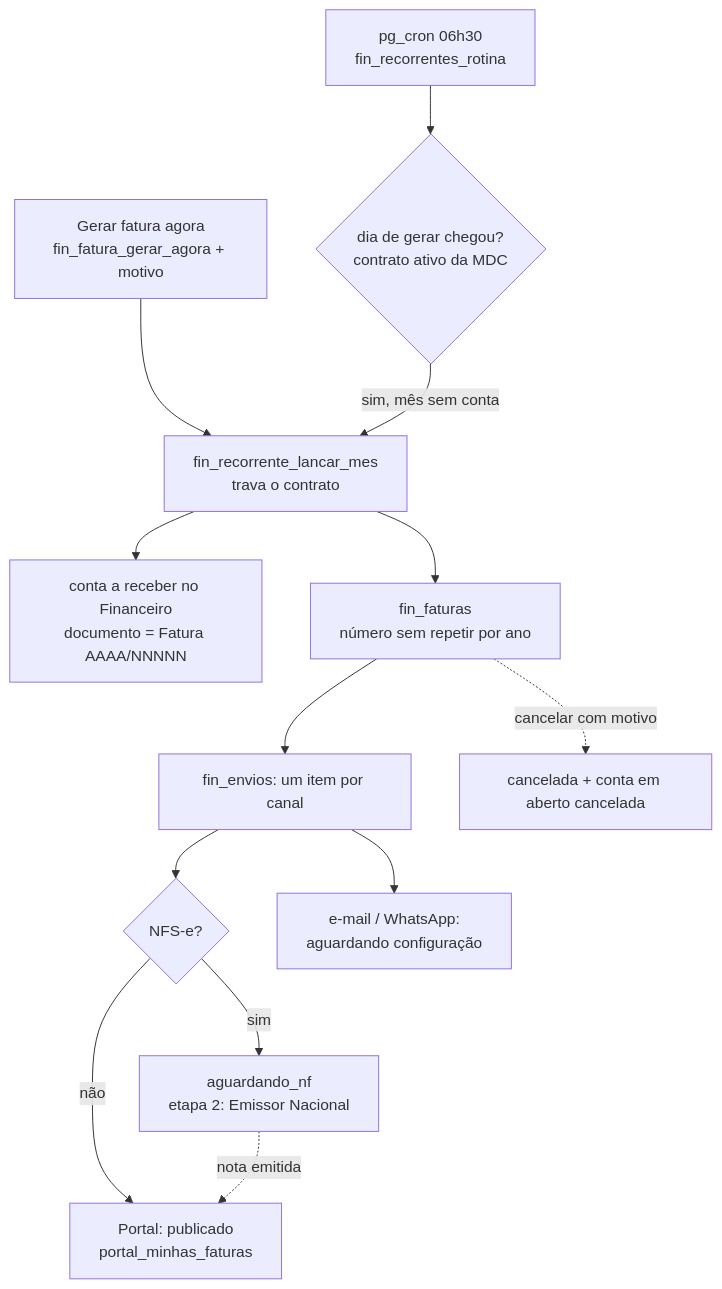
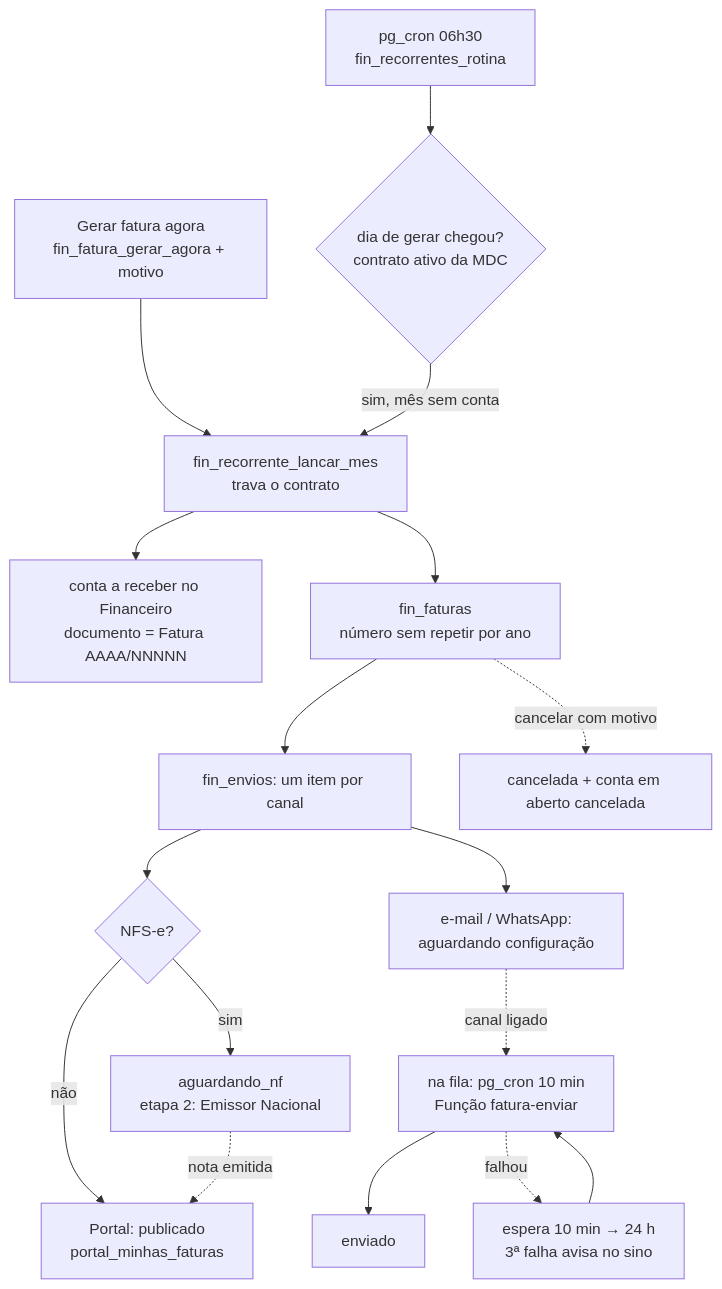
The fourth of 5 diagrams in docs/06-fluxos.md (MdcAssessoria/mdc-tarefas), drawn with Mermaid before and after one commit. The commit also changed other lines of this file and 6 other files, not shown here.

````diff
--- a/docs/06-fluxos.md
+++ b/docs/06-fluxos.md
@@ -132,15 +132,19 @@
 ```mermaid
 flowchart TD
     CRON[pg_cron 06h30<br/>fin_recorrentes_rotina] --> G{dia de gerar chegou?<br/>contrato ativo da MDC}
     MAO[Gerar fatura agora<br/>fin_fatura_gerar_agora + motivo] --> L
     G -- sim, mês sem conta --> L[fin_recorrente_lancar_mes<br/>trava o contrato]
     L --> T[conta a receber no Financeiro<br/>documento = Fatura AAAA/NNNNN]
     L --> F[fin_faturas<br/>número sem repetir por ano]
     F --> E[fin_envios: um item por canal]
     E --> P{NFS-e?}
     P -- não --> PO[Portal: publicado<br/>portal_minhas_faturas]
     P -- sim --> AN[aguardando_nf<br/>etapa 2: Emissor Nacional]
     AN -. nota emitida .-> PO
     E --> EW[e-mail / WhatsApp:<br/>aguardando configuração]
+    EW -. canal ligado .-> FILA[na fila: pg_cron 10 min<br/>Função fatura-enviar]
+    FILA --> OK[enviado]
+    FILA -. falhou .-> ESP[espera 10 min → 24 h<br/>3ª falha avisa no sino]
+    ESP --> FILA
     F -. cancelar com motivo .-> C[cancelada + conta em aberto cancelada]
 ```
````
